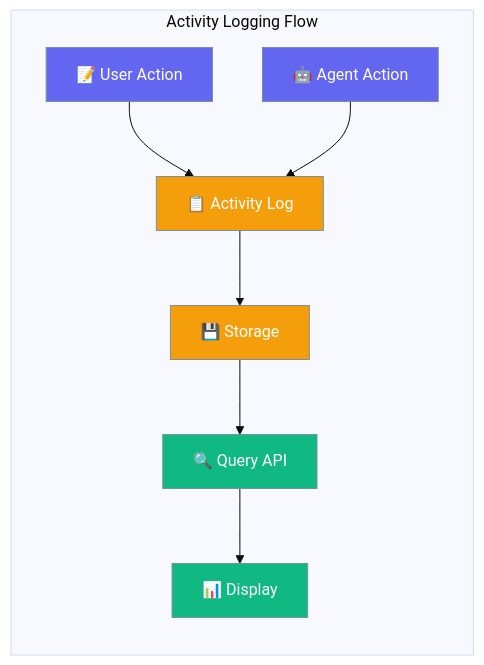
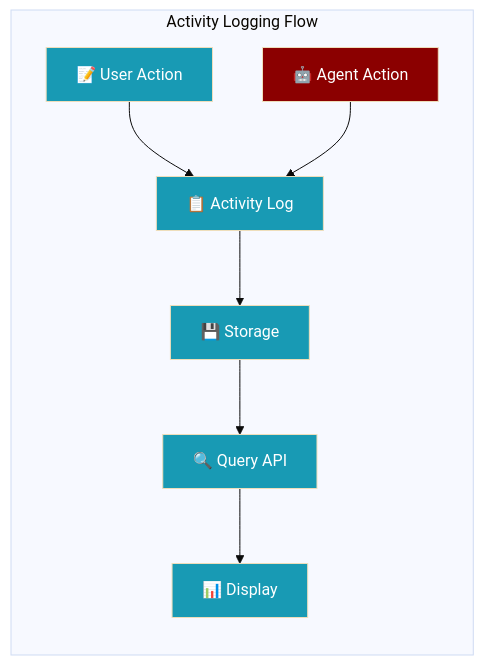
The first of 2 diagrams in docs/features/activity-log.mdx (MervinPraison/PraisonAIDocs), drawn with Mermaid (base theme) before and after one commit. The commit also changed 24 other files, not shown here.

````diff
--- a/docs/features/activity-log.mdx
+++ b/docs/features/activity-log.mdx
@@ -10,18 +10,16 @@
 ```mermaid
 graph LR
     subgraph "Activity Logging Flow"
         Action[📝 User Action] --> Log[📋 Activity Log]
         Agent[🤖 Agent Action] --> Log
         Log --> Store[💾 Storage]
         Store --> Query[🔍 Query API]
         Query --> Display[📊 Display]
     end
     
-    classDef action fill:#6366F1,stroke:#7C90A0,color:#fff
-    classDef process fill:#F59E0B,stroke:#7C90A0,color:#fff
-    classDef result fill:#10B981,stroke:#7C90A0,color:#fff
+    classDef agent fill:#8B0000,color:#fff
+    classDef tool fill:#189AB4,color:#fff
     
-    class Action,Agent action
-    class Log,Store process
-    class Query,Display result
+    class Agent agent
+    class Action,Log,Store,Query,Display tool
 ```
````
